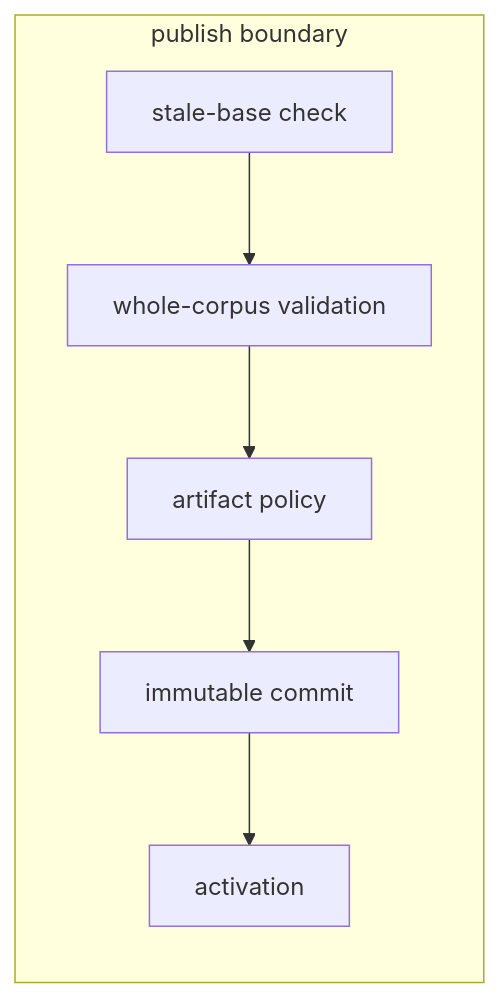
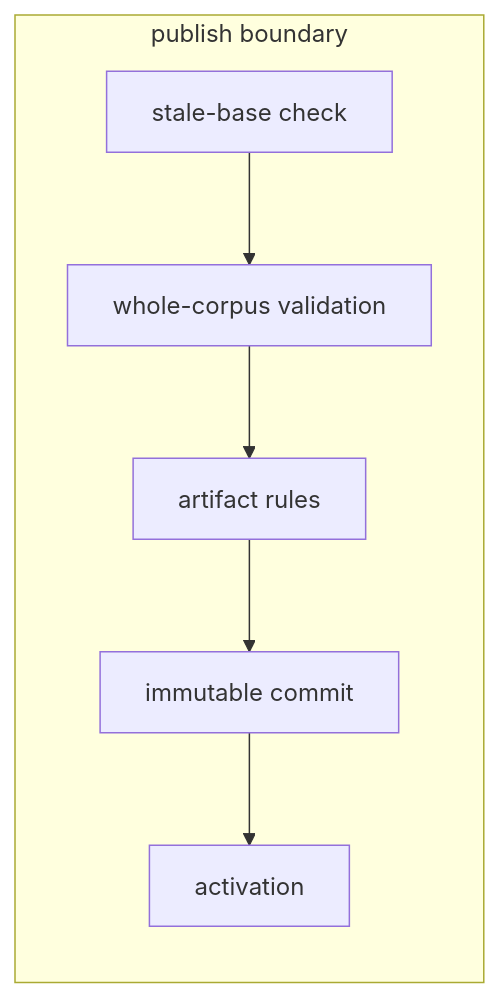
One commit to jonasferagen/agent-skills changed the second of 12 diagrams in skills/authoring/diagrams-and-tables/references/worked-examples.md. Above: the diagram before and after it, drawn with Mermaid. The commit also changed other lines of this file and 95 other files, not shown here.

````diff
--- a/skills/authoring/diagrams-and-tables/references/worked-examples.md
+++ b/skills/authoring/diagrams-and-tables/references/worked-examples.md
@@ -33,10 +34,10 @@
 ```mermaid
 flowchart TB
   subgraph Publish [publish boundary]
     direction TB
     P0["stale-base check"] --> P1["whole-corpus validation"]
-    P1 --> P2["artifact policy"]
+    P1 --> P2["artifact rules"]
     P2 --> P3["immutable commit"]
     P3 --> P4["activation"]
   end
 ```
````
